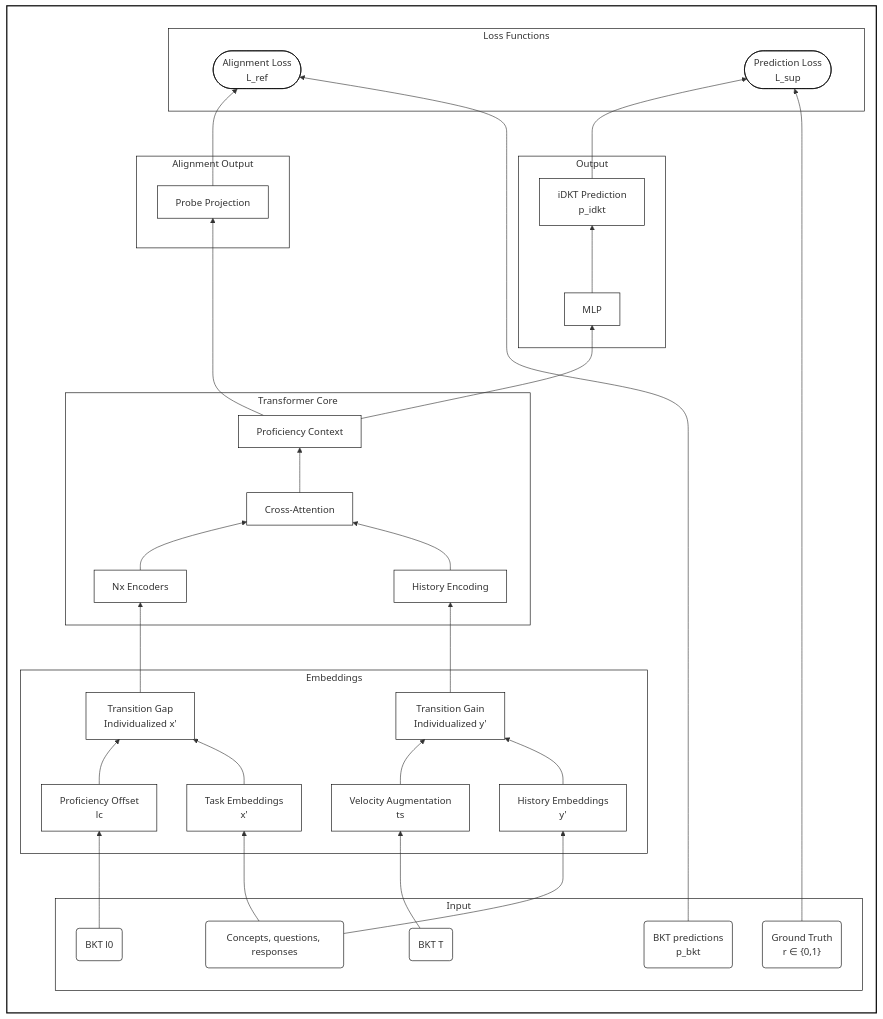
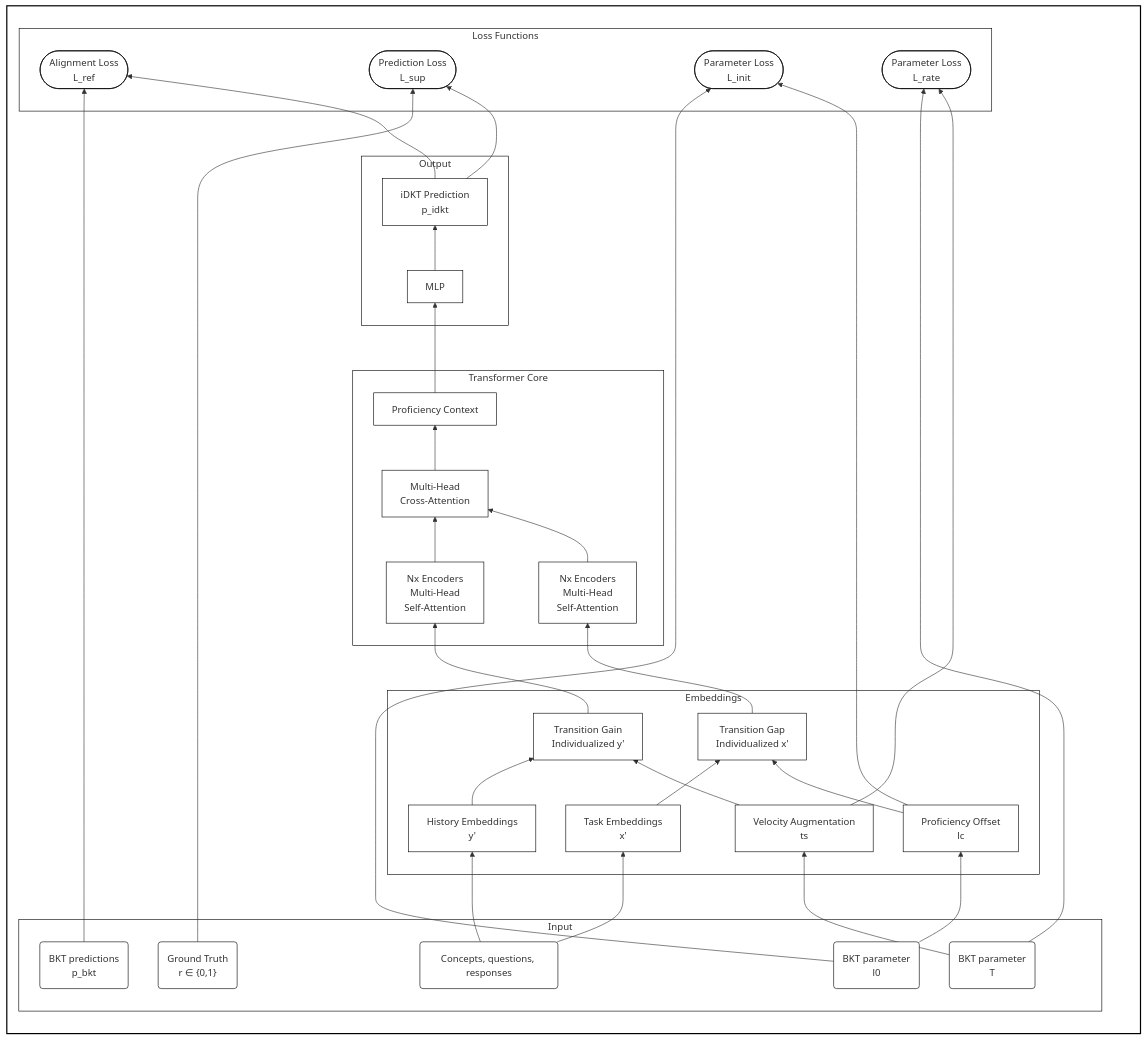
One commit to clabra/pykt-toolkit changed the second of 4 diagrams in paper/idkt.md. Above: the diagram before and after it, drawn with Mermaid.

Commit message:
doc: new simpler architecture diagram for the paper

````diff
--- a/paper/idkt.md
+++ b/paper/idkt.md
@@ -395,8 +395,8 @@
             BKT_Targets("BKT predictions <br/>p_bkt")
             IDs("Concepts, questions, responses")
             GroundTruth("Ground Truth <br/>r ∈ {0,1}")
-            BKT_l0("BKT l0")
-            BKT_T("BKT T")
+            BKT_l0("BKT parameter <br/>l0")
+            BKT_T("BKT parameter <br/>T")
         end
 
         %% Embeddings Stage
@@ -422,9 +422,9 @@
         %% Core Transformer Stage
         subgraph Transformer_Core [Transformer Core]
             style Transformer_Core fill:#fff,stroke:#000,stroke-width:1px;
-            Encoders["History Encoding"]
-            Encoders_Task["Nx Encoders"]
-            Decoders["Cross-Attention"]
+            Encoders["Nx Encoders <br/> Multi-Head <br/>Self-Attention"]
+            Encoders_Task["Nx Encoders <br/> Multi-Head <br/>Self-Attention"]
+            Decoders["Multi-Head <br/>Cross-Attention"]
             LatentState["Proficiency Context"]
 
             YT --> Encoders
@@ -434,12 +434,6 @@
             Decoders --> LatentState
         end
 
-        %% Alignment Output Stage
-        subgraph Probe_Stage [Alignment Output]
-            style Probe_Stage fill:#fff,stroke:#000,stroke-width:1px;
-            Probe_Proj["Probe Projection"]
-        end
-
         %% Prediction Stage
         subgraph Output_Stage [Output]
             style Output_Stage fill:#fff,stroke:#000,stroke-width:1px;
@@ -447,7 +441,6 @@
             Pred["iDKT Prediction <br/>p_idkt"]
 
             LatentState --> MLP
-            LatentState --> Probe_Proj
             MLP --> Pred
         end
 
@@ -456,16 +449,22 @@
             style Loss_Stage fill:#fff,stroke:#000,stroke-width:1px;
             Loss_Ref(["Alignment Loss <br/>L_ref"])
             Loss_sup(["Prediction Loss <br/>L_sup"])
+            Loss_init(["Parameter Loss <br/>L_init"])
+            Loss_rate(["Parameter Loss <br/>L_rate"])
 
-            Probe_Proj --> Loss_Ref
+            Pred --> Loss_Ref
             BKT_Targets --> Loss_Ref
             Pred --> Loss_sup
             GroundTruth --> Loss_sup
+            LC_Offset --> Loss_init
+            BKT_l0 --> Loss_init
+            TS_Aug --> Loss_rate
+            BKT_T --> Loss_rate
         end
     end
 
     %% Apply Style to Nodes
     class IDs,GroundTruth,BKT_Targets,BKT_l0,BKT_T,CQ_Embed,Hist_Embed,LC_Offset,TS_Aug,XT,YT whiteNode;
-    class Encoders,Encoders_Task,Decoders,LatentState,Probe_Proj,MLP,Pred whiteNode;
-    class Loss_Ref,Loss_sup whiteNode;
+    class Encoders,Encoders_Task,Decoders,LatentState,MLP,Pred whiteNode;
+    class Loss_Ref,Loss_sup,Loss_init,Loss_rate whiteNode;
 ```
````
